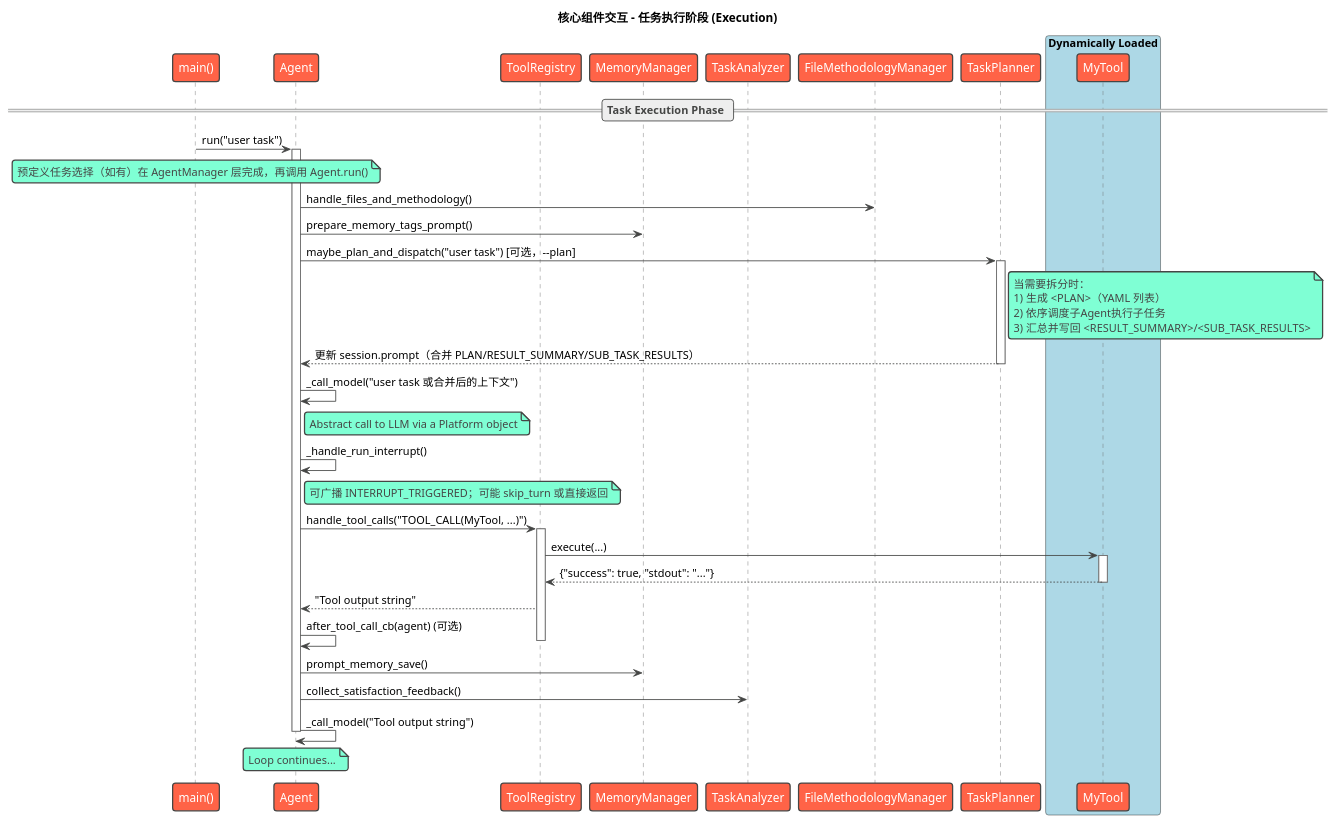
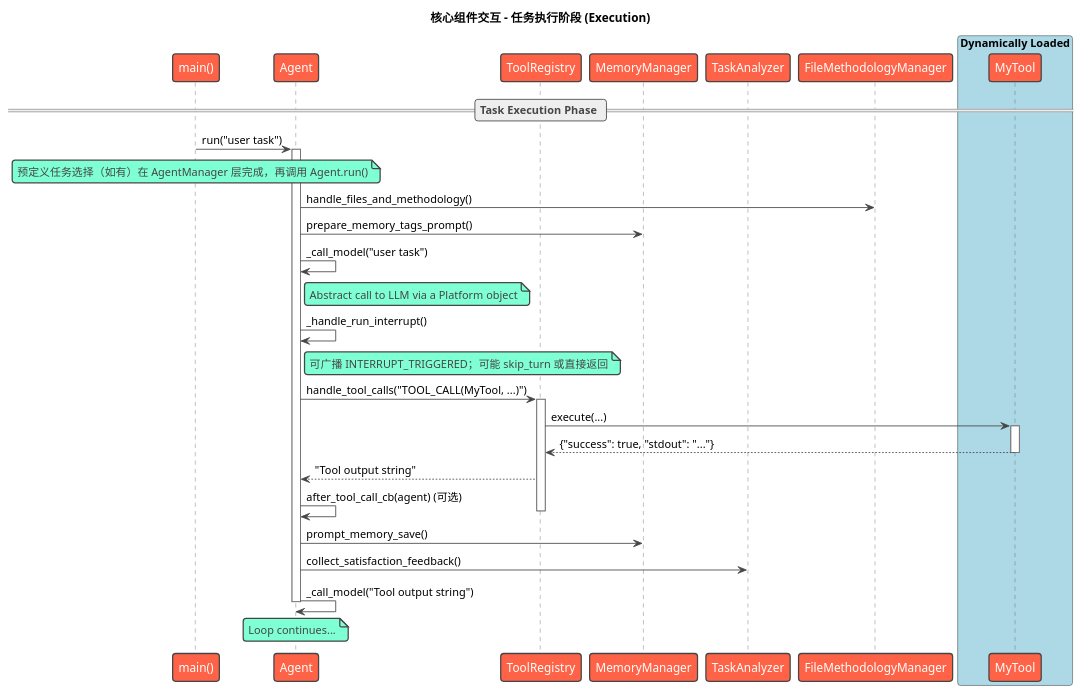
The third of 3 diagrams in docs/jarvis_book/3.核心概念与架构.md (skyfireitdiy/Jarvis), drawn with PlantUML before and after one commit. The commit also changed other lines of this file and 18 other files, not shown here.

First line of the commit message:
refactor(core): 移除任务规划器（TaskPlanner）相关功能

````diff
--- a/docs/jarvis_book/3.核心概念与架构.md
+++ b/docs/jarvis_book/3.核心概念与架构.md
@@ -636,55 +560,47 @@
 ```plantuml
 @startuml
 !theme vibrant
 title 核心组件交互 - 任务执行阶段 (Execution)
 
 participant "main()" as Main
 participant "Agent" as Agent
 participant "ToolRegistry" as ToolRegistry
 participant "MemoryManager" as MemoryManager
 participant "TaskAnalyzer" as TaskAnalyzer
 participant "FileMethodologyManager" as FileMethodologyManager
-participant "TaskPlanner" as TaskPlanner
 
 box "Dynamically Loaded" #LightBlue
     participant "MyTool" as Tool
 end box
 
 == Task Execution Phase ==
 Main -> Agent : run("user task")
 note over Main: 预定义任务选择（如有）在 AgentManager 层完成，再调用 Agent.run()
 activate Agent
 
 Agent -> FileMethodologyManager : handle_files_and_methodology()
 Agent -> MemoryManager : prepare_memory_tags_prompt()
 
-' 可选的任务规划步骤（启用 --plan 时）
-Agent -> TaskPlanner : maybe_plan_and_dispatch("user task") [可选，--plan]
-activate TaskPlanner
-note right of TaskPlanner: 当需要拆分时：\n1) 生成 <PLAN>（YAML 列表）\n2) 依序调度子Agent执行子任务\n3) 汇总并写回 <RESULT_SUMMARY>/<SUB_TASK_RESULTS>
-TaskPlanner --> Agent : 更新 session.prompt（合并 PLAN/RESULT_SUMMARY/SUB_TASK_RESULTS）
-deactivate TaskPlanner
-
-Agent -> Agent : _call_model("user task 或合并后的上下文")
+Agent -> Agent : _call_model("user task")
 note right of Agent: Abstract call to LLM via a Platform object
 Agent -> Agent : _handle_run_interrupt()
 note right of Agent: 可广播 INTERRUPT_TRIGGERED；可能 skip_turn 或直接返回
 
 Agent -> ToolRegistry : handle_tool_calls("TOOL_CALL(MyTool, ...)")
 activate ToolRegistry
 ToolRegistry -> Tool : execute(...)
 activate Tool
 Tool --> ToolRegistry : {"success": true, "stdout": "..."}
 deactivate Tool
 ToolRegistry --> Agent : "Tool output string"
 Agent -> Agent : after_tool_call_cb(agent) (可选)
 deactivate ToolRegistry
 
 Agent -> MemoryManager : prompt_memory_save()
 Agent -> TaskAnalyzer : collect_satisfaction_feedback()
 
 Agent -> Agent : _call_model("Tool output string")
 note over Agent : Loop continues...
 deactivate Agent
 @enduml
 ```
````
